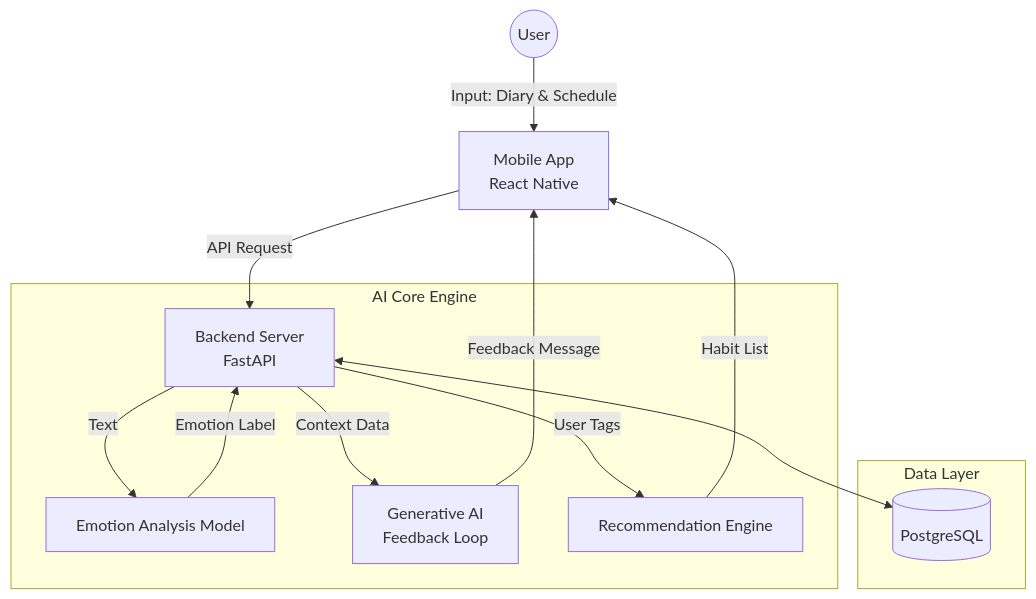
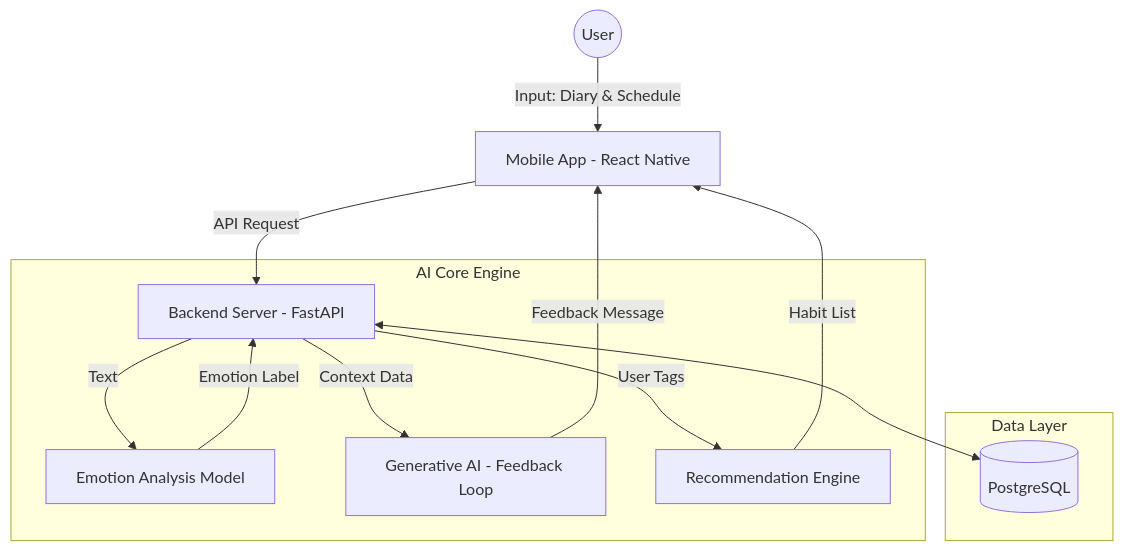
The diagram in README.md (27marchsa-debug/HABITS_gdProject), drawn with Mermaid before and after one commit.

Commit message:
시스템 아키텍처 수정

````diff
--- a/README.md
+++ b/README.md
@@ -47,19 +47,19 @@
 ```mermaid
 graph TD
-    User((User)) -->|Input: Diary & Schedule| Client[Mobile App \n React Native]
-    Client -->|API Request| Server[Backend Server \n FastAPI]
+    User((User)) -->|Input: Diary & Schedule| Client[Mobile App - React Native]
+    Client -->|API Request| Server[Backend Server - FastAPI]
     
     subgraph "AI Core Engine"
         Server -->|Text| KoELECTRA[Emotion Analysis Model]
         KoELECTRA -->|Emotion Label| Server
-        Server -->|Context Data| LLM[Generative AI \n Feedback Loop]
+        Server -->|Context Data| LLM[Generative AI - Feedback Loop]
         Server -->|User Tags| Recombee[Recommendation Engine]
     end
     
     subgraph "Data Layer"
         Server <--> DB[(PostgreSQL)]
     end
     
     LLM -->|Feedback Message| Client
     Recombee -->|Habit List| Client
 ```
````
